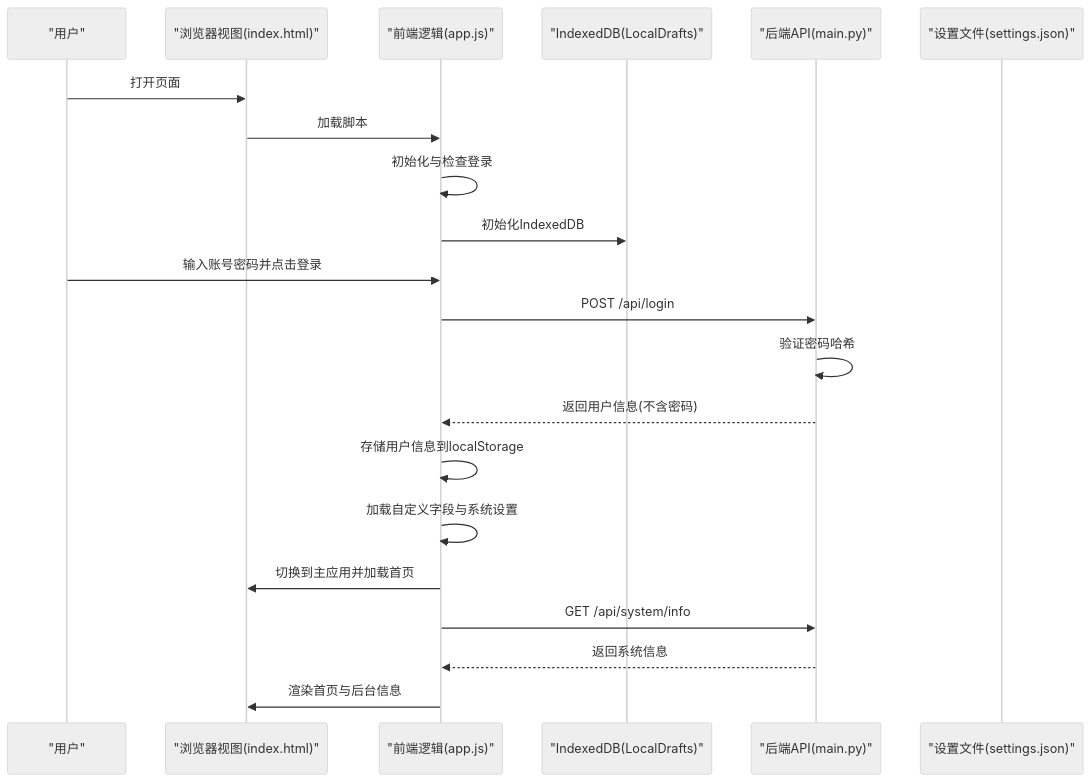
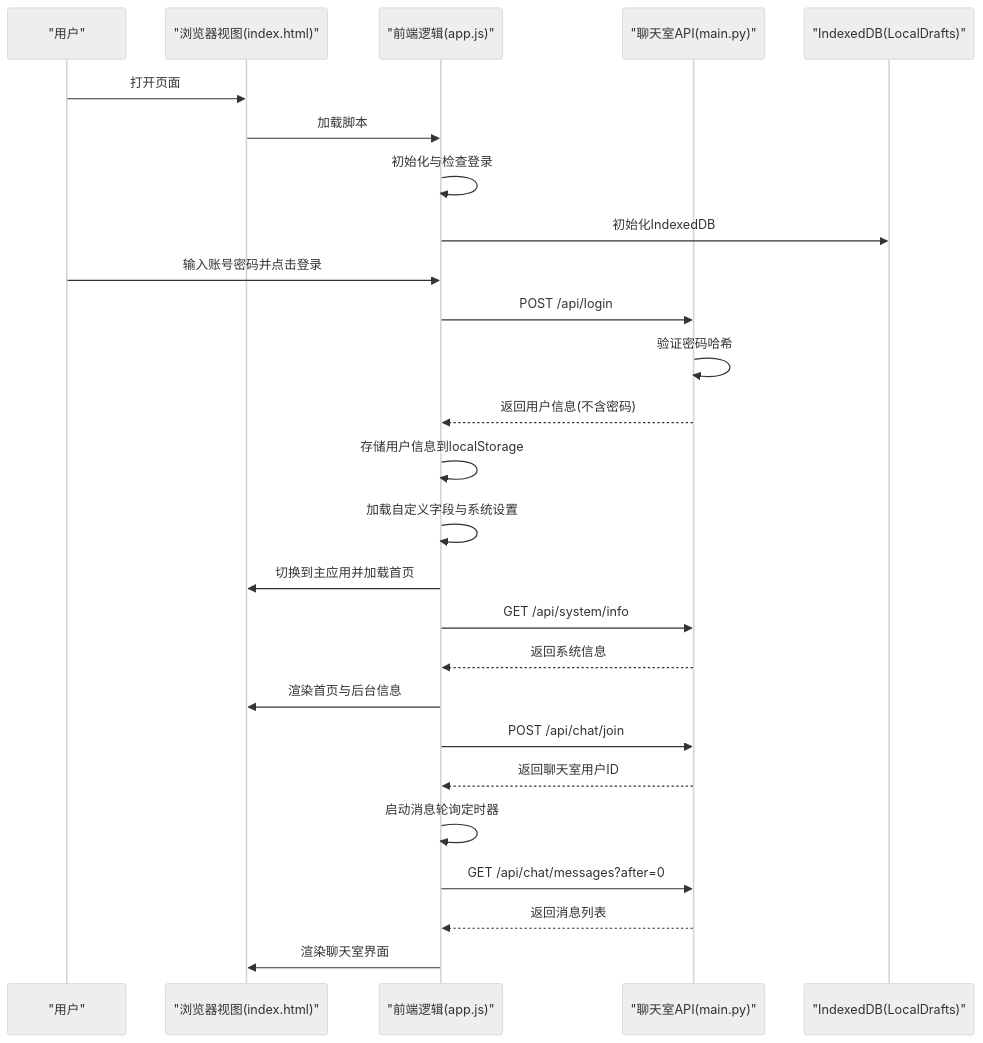
One commit to qq20739111/weilushishe-lishitai changed the second of 16 diagrams in .qoder/repowiki/zh/content/Web界面/JavaScript交互逻辑/JavaScript交互逻辑.md. Above: the diagram before and after it, drawn with Mermaid (neutral theme). The commit also changed other lines of this file and 23 other files, not shown here.

````diff
--- a/.qoder/repowiki/zh/content/Web界面/JavaScript交互逻辑/JavaScript交互逻辑.md
+++ b/.qoder/repowiki/zh/content/Web界面/JavaScript交互逻辑/JavaScript交互逻辑.md
@@ -97,23 +113,28 @@
 ```mermaid
 sequenceDiagram
 participant U as "用户"
 participant V as "浏览器视图(index.html)"
 participant J as "前端逻辑(app.js)"
+participant C as "聊天室API(main.py)"
 participant D as "IndexedDB(LocalDrafts)"
-participant A as "后端API(main.py)"
-participant S as "设置文件(settings.json)"
 U->>V : 打开页面
 V->>J : 加载脚本
 J->>J : 初始化与检查登录
 J->>D : 初始化IndexedDB
 U->>J : 输入账号密码并点击登录
-J->>A : POST /api/login
-A->>A : 验证密码哈希
-A-->>J : 返回用户信息(不含密码)
+J->>C : POST /api/login
+C->>C : 验证密码哈希
+C-->>J : 返回用户信息(不含密码)
 J->>J : 存储用户信息到localStorage
 J->>J : 加载自定义字段与系统设置
 J->>V : 切换到主应用并加载首页
-J->>A : GET /api/system/info
-A-->>J : 返回系统信息
+J->>C : GET /api/system/info
+C-->>J : 返回系统信息
 J->>V : 渲染首页与后台信息
+J->>C : POST /api/chat/join
+C-->>J : 返回聊天室用户ID
+J->>J : 启动消息轮询定时器
+J->>C : GET /api/chat/messages?after=0
+C-->>J : 返回消息列表
+J->>V : 渲染聊天室界面
 ```
````
